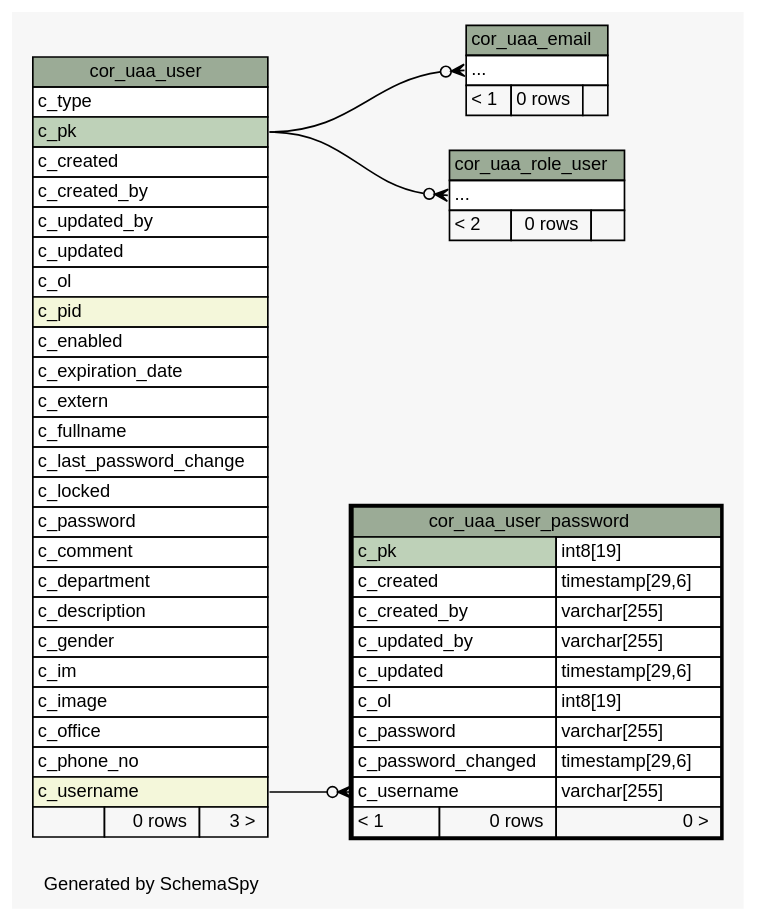
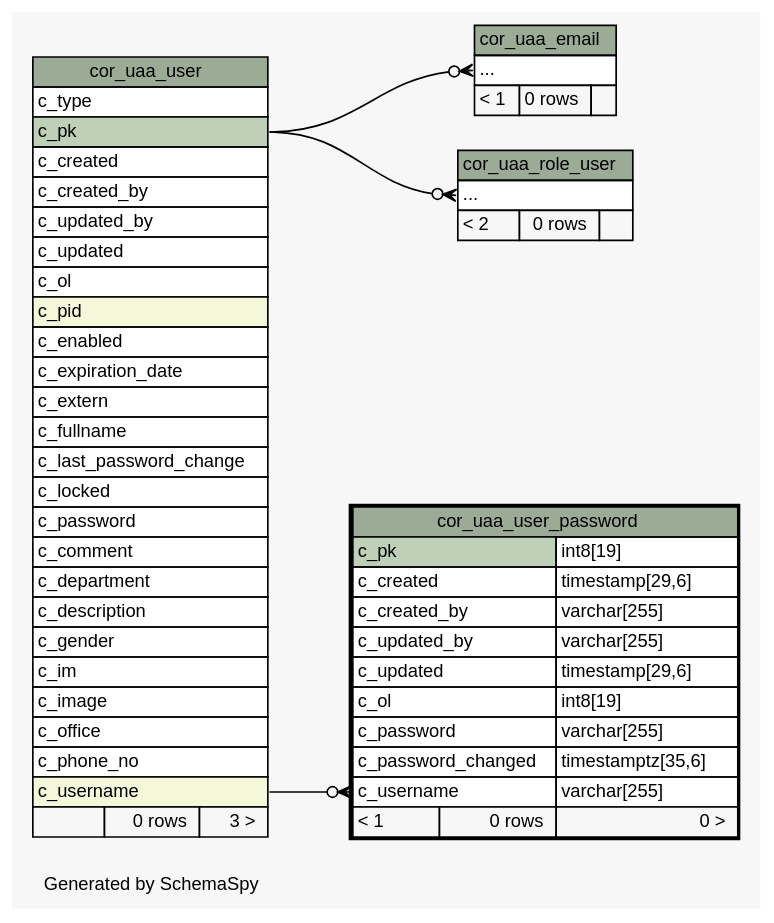
The diagram in 2.0.0-SNAPSHOT/schemaspy/diagrams/cor_uaa_user_password.2degrees.dot (openwms/org.openwms.core.uaa), drawn with Graphviz before and after one commit. The commit also changed 62 other files, not shown here.

```diff
--- a/2.0.0-SNAPSHOT/schemaspy/diagrams/cor_uaa_user_password.2degrees.dot
+++ b/2.0.0-SNAPSHOT/schemaspy/diagrams/cor_uaa_user_password.2degrees.dot
@@ -1,96 +1,96 @@
-// dot 2.43.0 on Linux 6.5.0-1021-azure
+// dot 2.43.0 on Linux 6.5.0-1022-azure
 // SchemaSpy rev Unknown
 digraph "twoDegreesRelationshipsDiagram" {
   graph [
     rankdir="RL"
     bgcolor="#f7f7f7"
     label="\nGenerated by SchemaSpy"
     labeljust="l"
     nodesep="0.18"
     ranksep="0.46"
     fontname="Helvetica"
     fontsize="11"
   ];
   node [
     fontname="Helvetica"
     fontsize="11"
     shape="plaintext"
   ];
   edge [
     arrowsize="0.8"
   ];
   "cor_uaa_email":"elipses":w -> "cor_uaa_user":"c_pk":e [arrowhead=none dir=back arrowtail=crowodot];
   "cor_uaa_role_user":"elipses":w -> "cor_uaa_user":"c_pk":e [arrowhead=none dir=back arrowtail=crowodot];
   "cor_uaa_user_password":"c_username":w -> "cor_uaa_user":"c_username":e [arrowhead=none dir=back arrowtail=crowodot];
   "cor_uaa_email" [
     label=<
     <TABLE BORDER="0" CELLBORDER="1" CELLSPACING="0" BGCOLOR="#ffffff">
       <TR><TD COLSPAN="3" BGCOLOR="#9bab96" ALIGN="CENTER">cor_uaa_email</TD></TR>
       <TR><TD PORT="elipses" COLSPAN="3" ALIGN="LEFT">...</TD></TR>
       <TR><TD ALIGN="LEFT" BGCOLOR="#f7f7f7">&lt; 1</TD><TD ALIGN="RIGHT" BGCOLOR="#f7f7f7">0 rows</TD><TD ALIGN="RIGHT" BGCOLOR="#f7f7f7">  </TD></TR>
     </TABLE>>
     URL="cor_uaa_email.html"
     tooltip="cor_uaa_email"
   ];
   "cor_uaa_role_user" [
     label=<
     <TABLE BORDER="0" CELLBORDER="1" CELLSPACING="0" BGCOLOR="#ffffff">
       <TR><TD COLSPAN="3" BGCOLOR="#9bab96" ALIGN="CENTER">cor_uaa_role_user</TD></TR>
       <TR><TD PORT="elipses" COLSPAN="3" ALIGN="LEFT">...</TD></TR>
       <TR><TD ALIGN="LEFT" BGCOLOR="#f7f7f7">&lt; 2</TD><TD ALIGN="RIGHT" BGCOLOR="#f7f7f7">0 rows</TD><TD ALIGN="RIGHT" BGCOLOR="#f7f7f7">  </TD></TR>
     </TABLE>>
     URL="cor_uaa_role_user.html"
     tooltip="cor_uaa_role_user"
   ];
   "cor_uaa_user" [
     label=<
     <TABLE BORDER="0" CELLBORDER="1" CELLSPACING="0" BGCOLOR="#ffffff">
       <TR><TD COLSPAN="3" BGCOLOR="#9bab96" ALIGN="CENTER">cor_uaa_user</TD></TR>
       <TR><TD PORT="c_type" COLSPAN="3" ALIGN="LEFT">c_type</TD></TR>
       <TR><TD PORT="c_pk" COLSPAN="3" BGCOLOR="#bed1b8" ALIGN="LEFT">c_pk</TD></TR>
       <TR><TD PORT="c_created" COLSPAN="3" ALIGN="LEFT">c_created</TD></TR>
       <TR><TD PORT="c_created_by" COLSPAN="3" ALIGN="LEFT">c_created_by</TD></TR>
       <TR><TD PORT="c_updated_by" COLSPAN="3" ALIGN="LEFT">c_updated_by</TD></TR>
       <TR><TD PORT="c_updated" COLSPAN="3" ALIGN="LEFT">c_updated</TD></TR>
       <TR><TD PORT="c_ol" COLSPAN="3" ALIGN="LEFT">c_ol</TD></TR>
       <TR><TD PORT="c_pid" COLSPAN="3" BGCOLOR="#f4f7da" ALIGN="LEFT">c_pid</TD></TR>
       <TR><TD PORT="c_enabled" COLSPAN="3" ALIGN="LEFT">c_enabled</TD></TR>
       <TR><TD PORT="c_expiration_date" COLSPAN="3" ALIGN="LEFT">c_expiration_date</TD></TR>
       <TR><TD PORT="c_extern" COLSPAN="3" ALIGN="LEFT">c_extern</TD></TR>
       <TR><TD PORT="c_fullname" COLSPAN="3" ALIGN="LEFT">c_fullname</TD></TR>
       <TR><TD PORT="c_last_password_change" COLSPAN="3" ALIGN="LEFT">c_last_password_change</TD></TR>
       <TR><TD PORT="c_locked" COLSPAN="3" ALIGN="LEFT">c_locked</TD></TR>
       <TR><TD PORT="c_password" COLSPAN="3" ALIGN="LEFT">c_password</TD></TR>
       <TR><TD PORT="c_comment" COLSPAN="3" ALIGN="LEFT">c_comment</TD></TR>
       <TR><TD PORT="c_department" COLSPAN="3" ALIGN="LEFT">c_department</TD></TR>
       <TR><TD PORT="c_description" COLSPAN="3" ALIGN="LEFT">c_description</TD></TR>
       <TR><TD PORT="c_gender" COLSPAN="3" ALIGN="LEFT">c_gender</TD></TR>
       <TR><TD PORT="c_im" COLSPAN="3" ALIGN="LEFT">c_im</TD></TR>
       <TR><TD PORT="c_image" COLSPAN="3" ALIGN="LEFT">c_image</TD></TR>
       <TR><TD PORT="c_office" COLSPAN="3" ALIGN="LEFT">c_office</TD></TR>
       <TR><TD PORT="c_phone_no" COLSPAN="3" ALIGN="LEFT">c_phone_no</TD></TR>
       <TR><TD PORT="c_username" COLSPAN="3" BGCOLOR="#f4f7da" ALIGN="LEFT">c_username</TD></TR>
       <TR><TD ALIGN="LEFT" BGCOLOR="#f7f7f7">  </TD><TD ALIGN="RIGHT" BGCOLOR="#f7f7f7">0 rows</TD><TD ALIGN="RIGHT" BGCOLOR="#f7f7f7">3 &gt;</TD></TR>
     </TABLE>>
     URL="cor_uaa_user.html"
     tooltip="cor_uaa_user"
   ];
   "cor_uaa_user_password" [
     label=<
     <TABLE BORDER="2" CELLBORDER="1" CELLSPACING="0" BGCOLOR="#ffffff">
       <TR><TD COLSPAN="3" BGCOLOR="#9bab96" ALIGN="CENTER">cor_uaa_user_password</TD></TR>
       <TR><TD PORT="c_pk" COLSPAN="2" BGCOLOR="#bed1b8" ALIGN="LEFT">c_pk</TD><TD PORT="c_pk.type" ALIGN="LEFT">int8[19]</TD></TR>
       <TR><TD PORT="c_created" COLSPAN="2" ALIGN="LEFT">c_created</TD><TD PORT="c_created.type" ALIGN="LEFT">timestamp[29,6]</TD></TR>
       <TR><TD PORT="c_created_by" COLSPAN="2" ALIGN="LEFT">c_created_by</TD><TD PORT="c_created_by.type" ALIGN="LEFT">varchar[255]</TD></TR>
       <TR><TD PORT="c_updated_by" COLSPAN="2" ALIGN="LEFT">c_updated_by</TD><TD PORT="c_updated_by.type" ALIGN="LEFT">varchar[255]</TD></TR>
       <TR><TD PORT="c_updated" COLSPAN="2" ALIGN="LEFT">c_updated</TD><TD PORT="c_updated.type" ALIGN="LEFT">timestamp[29,6]</TD></TR>
       <TR><TD PORT="c_ol" COLSPAN="2" ALIGN="LEFT">c_ol</TD><TD PORT="c_ol.type" ALIGN="LEFT">int8[19]</TD></TR>
       <TR><TD PORT="c_password" COLSPAN="2" ALIGN="LEFT">c_password</TD><TD PORT="c_password.type" ALIGN="LEFT">varchar[255]</TD></TR>
-      <TR><TD PORT="c_password_changed" COLSPAN="2" ALIGN="LEFT">c_password_changed</TD><TD PORT="c_password_changed.type" ALIGN="LEFT">timestamp[29,6]</TD></TR>
+      <TR><TD PORT="c_password_changed" COLSPAN="2" ALIGN="LEFT">c_password_changed</TD><TD PORT="c_password_changed.type" ALIGN="LEFT">timestamptz[35,6]</TD></TR>
       <TR><TD PORT="c_username" COLSPAN="2" ALIGN="LEFT">c_username</TD><TD PORT="c_username.type" ALIGN="LEFT">varchar[255]</TD></TR>
       <TR><TD ALIGN="LEFT" BGCOLOR="#f7f7f7">&lt; 1</TD><TD ALIGN="RIGHT" BGCOLOR="#f7f7f7">0 rows</TD><TD ALIGN="RIGHT" BGCOLOR="#f7f7f7">0 &gt;</TD></TR>
     </TABLE>>
     URL="cor_uaa_user_password.html"
     tooltip="cor_uaa_user_password"
   ];
 }
```
